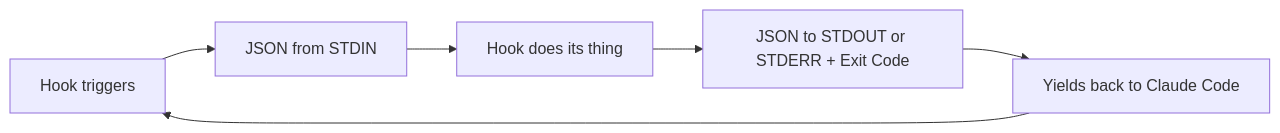
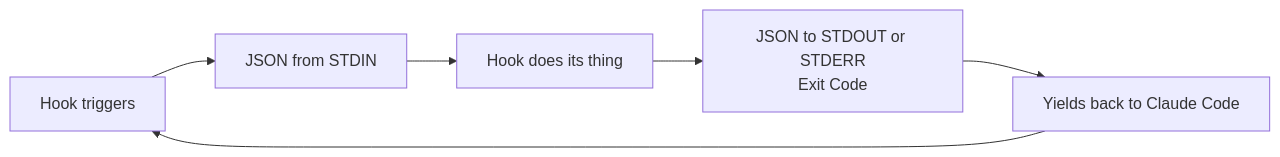
The first of 2 diagrams in README.md (gabriel-dehan/claude_hooks), drawn with Mermaid before and after one commit.

````diff
--- a/README.md
+++ b/README.md
@@ -334,4 +334,4 @@
 ```mermaid
 graph LR
-  A[Hook triggers] --> B[JSON from STDIN] --> C[Hook does its thing] --> D[JSON to STDOUT or STDERR + Exit Code] --> E[Yields back to Claude Code] --> A
+  A[Hook triggers] --> B[JSON from STDIN] --> C[Hook does its thing] --> D[JSON to STDOUT or STDERR<br />Exit Code] --> E[Yields back to Claude Code] --> A
 ```
````
